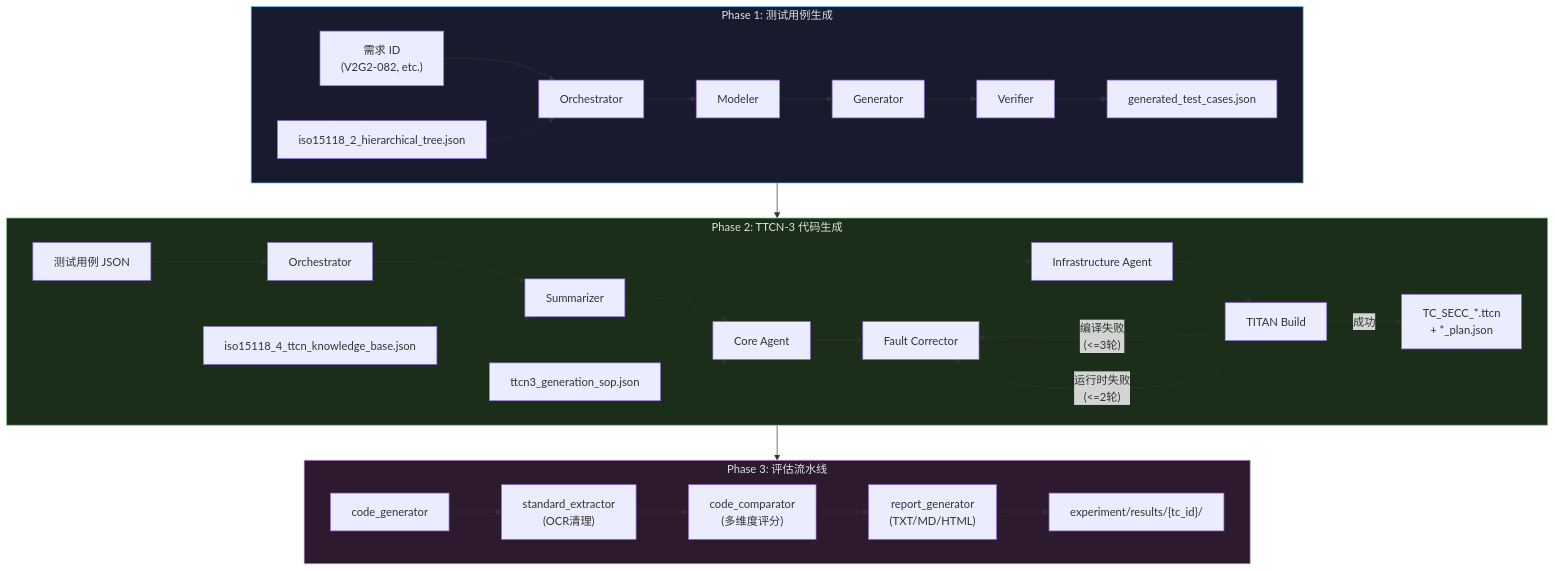
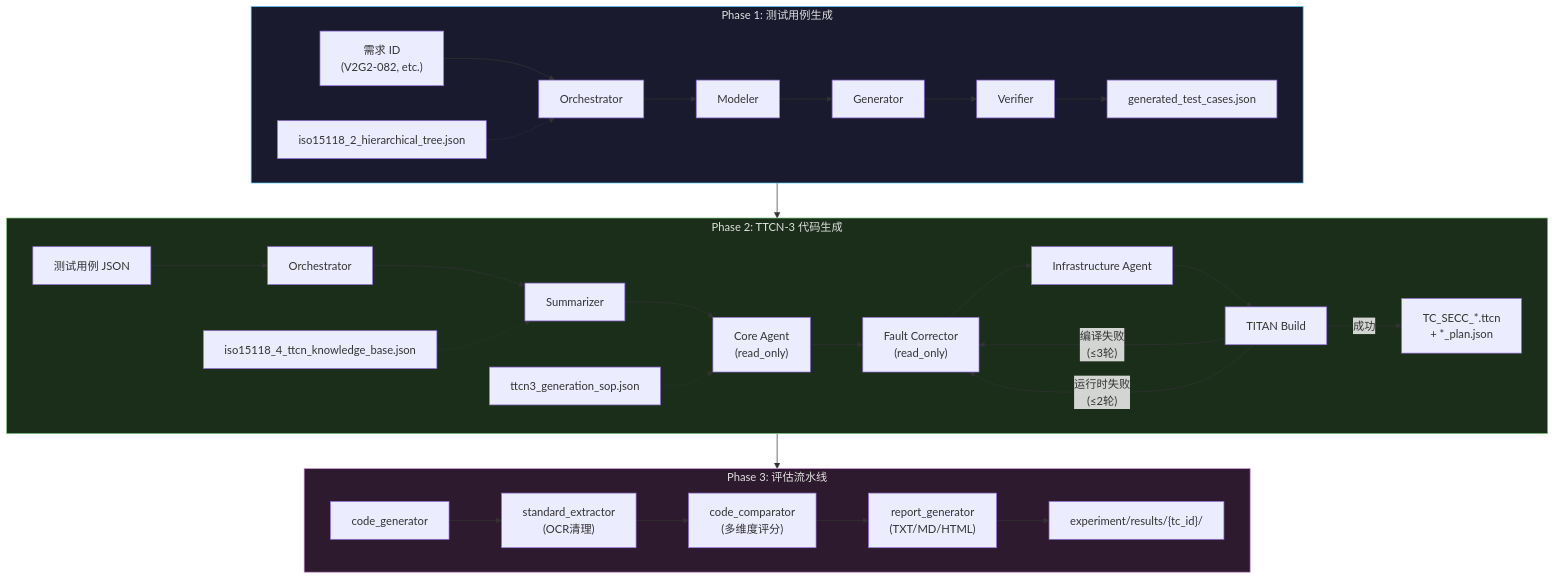
Before and after one commit to Alex66366/ISO15118-conformance-test: the diagram in agent/README.md, drawn with Mermaid. The commit also changed other lines of this file and 365 other files, not shown here.

````diff
--- a/agent/README.md
+++ b/agent/README.md
@@ -390,50 +373,51 @@
 ```mermaid
 flowchart TB
     subgraph PH1["Phase 1: 测试用例生成"]
         P1_req["需求 ID\n(V2G2-082, etc.)"]
         P1_proto["iso15118_2_hierarchical_tree.json"]
         P1_orch["Orchestrator"]
         P1_model["Modeler"]
         P1_gen["Generator"]
         P1_veri["Verifier"]
         P1_out["generated_test_cases.json"]
         P1_req --> P1_orch --> P1_model --> P1_gen --> P1_veri --> P1_out
         P1_proto -.-> P1_orch
     end
 
     subgraph PH2["Phase 2: TTCN-3 代码生成"]
         P2_tc["测试用例 JSON"]
         P2_sop["ttcn3_generation_sop.json"]
         P2_kb["iso15118_4_ttcn_knowledge_base.json"]
         P2_orch["Orchestrator"]
         P2_sum["Summarizer"]
-        P2_core["Core Agent"]
-        P2_fc["Fault Corrector"]
+        P2_core["Core Agent\n(read_only)"]
+        P2_fc["Fault Corrector\n(read_only)"]
         P2_infra["Infrastructure Agent"]
         P2_build["TITAN Build"]
         P2_out["TC_SECC_*.ttcn\n+ *_plan.json"]
         P2_tc --> P2_orch --> P2_sum --> P2_core
         P2_kb -.-> P2_sum
         P2_sop -.-> P2_core
-        P2_core --> P2_fc --> P2_infra --> P2_build
-        P2_build -->|"编译失败\n(<=3轮)"| P2_fc
-        P2_build -->|"运行时失败\n(<=2轮)"| P2_fc
+        P2_core --> P2_fc
+        P2_fc --> P2_infra --> P2_build
+        P2_build -->|"编译失败\n(≤3轮)"| P2_fc
+        P2_build -->|"运行时失败\n(≤2轮)"| P2_fc
         P2_build -->|"成功"| P2_out
     end
 
     subgraph PH3["Phase 3: 评估流水线"]
         P3_gen["code_generator"]
         P3_std["standard_extractor\n(OCR清理)"]
         P3_cmp["code_comparator\n(多维度评分)"]
         P3_rep["report_generator\n(TXT/MD/HTML)"]
         P3_out["experiment/results/{tc_id}/"]
         P3_gen --> P3_std --> P3_cmp --> P3_rep --> P3_out
     end
 
     PH1 --> PH2
     PH2 --> PH3
 
     style PH1 fill:#1a1a2e,stroke:#4fc3f7,color:#e0e0e0
     style PH2 fill:#1a2e1a,stroke:#81c784,color:#e0e0e0
     style PH3 fill:#2e1a2e,stroke:#ce93d8,color:#e0e0e0
 ```
````
